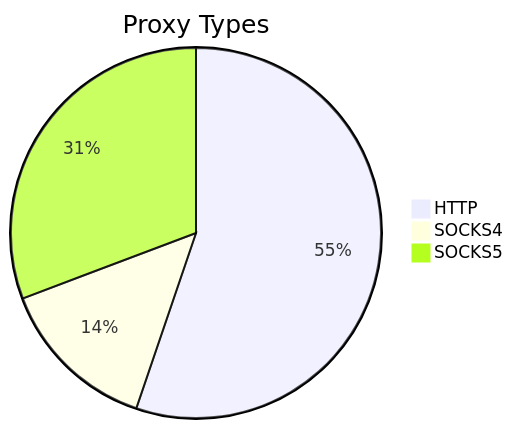
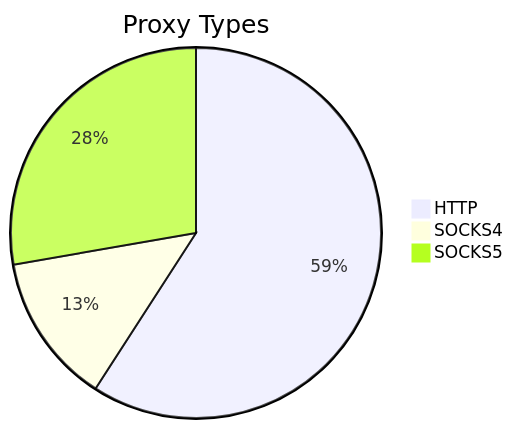
The first of 2 diagrams in README.md (stormsia/proxy-list), drawn with Mermaid before and after one commit. The commit also changed other lines of this file, not shown here.

````diff
--- a/README.md
+++ b/README.md
@@ -21,6 +21,6 @@
 ```mermaid
 pie title Proxy Types
-    "HTTP" : 185
-    "SOCKS4" : 47
-    "SOCKS5" : 103
+    "HTTP" : 162
+    "SOCKS4" : 36
+    "SOCKS5" : 76
 ```
````
